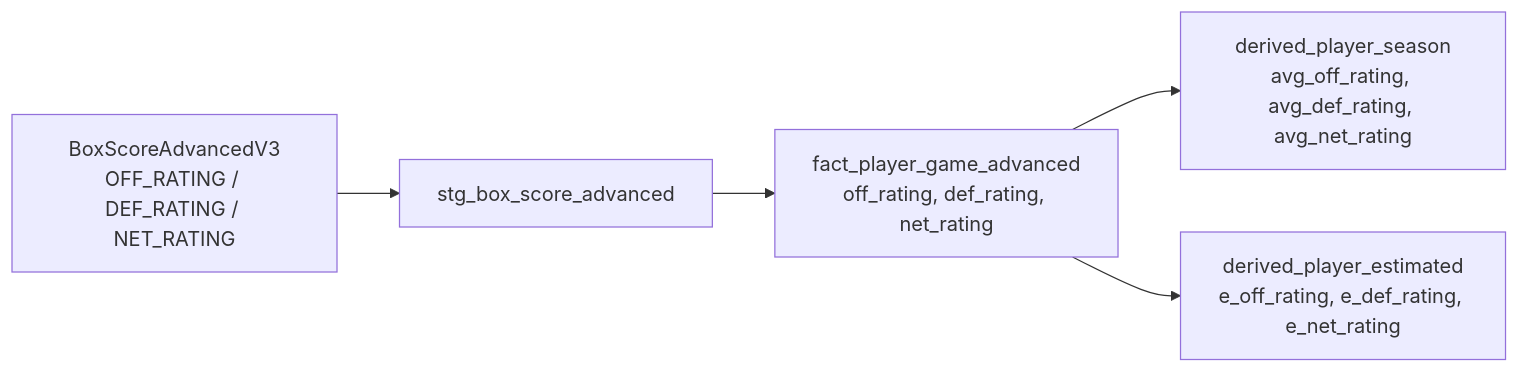
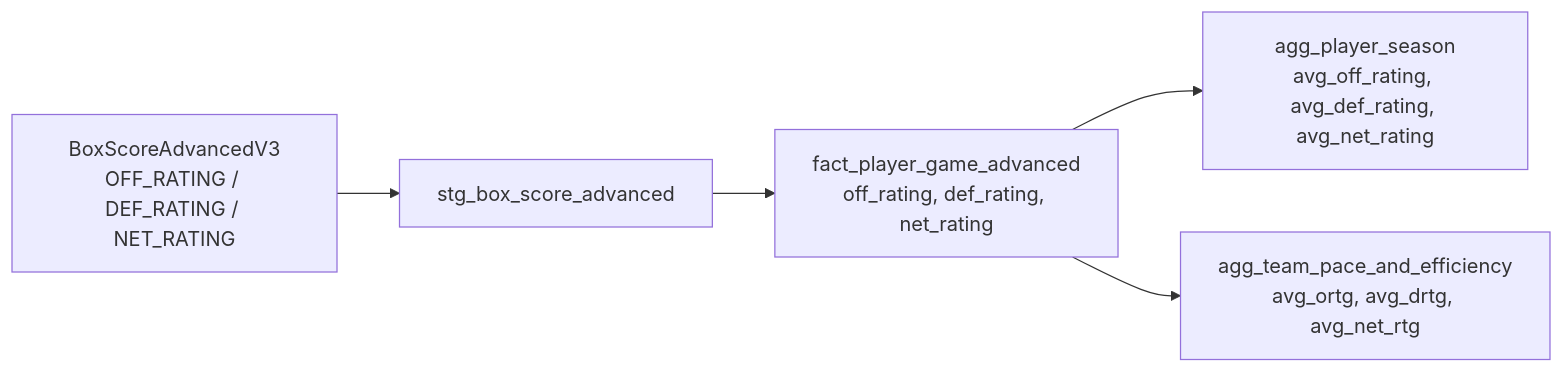
Diagram 11 of 11 in docs/content/docs/lineage/column-lineage.mdx (wyattowalsh/nbadb), drawn with Mermaid before and after one commit. The commit also changed other lines of this file and 318 other files, not shown here.

````diff
--- a/docs/content/docs/lineage/column-lineage.mdx
+++ b/docs/content/docs/lineage/column-lineage.mdx
@@ -160,7 +215,7 @@
 ```mermaid
 flowchart LR
     A["BoxScoreAdvancedV3\nOFF_RATING / DEF_RATING / NET_RATING"] --> B["stg_box_score_advanced"]
     B --> C["fact_player_game_advanced\noff_rating, def_rating, net_rating"]
-    C --> D["derived_player_season\navg_off_rating, avg_def_rating, avg_net_rating"]
-    C --> E["derived_player_estimated\ne_off_rating, e_def_rating, e_net_rating"]
+    C --> D["agg_player_season\navg_off_rating, avg_def_rating, avg_net_rating"]
+    C --> E["agg_team_pace_and_efficiency\navg_ortg, avg_drtg, avg_net_rtg"]
 ```
````
